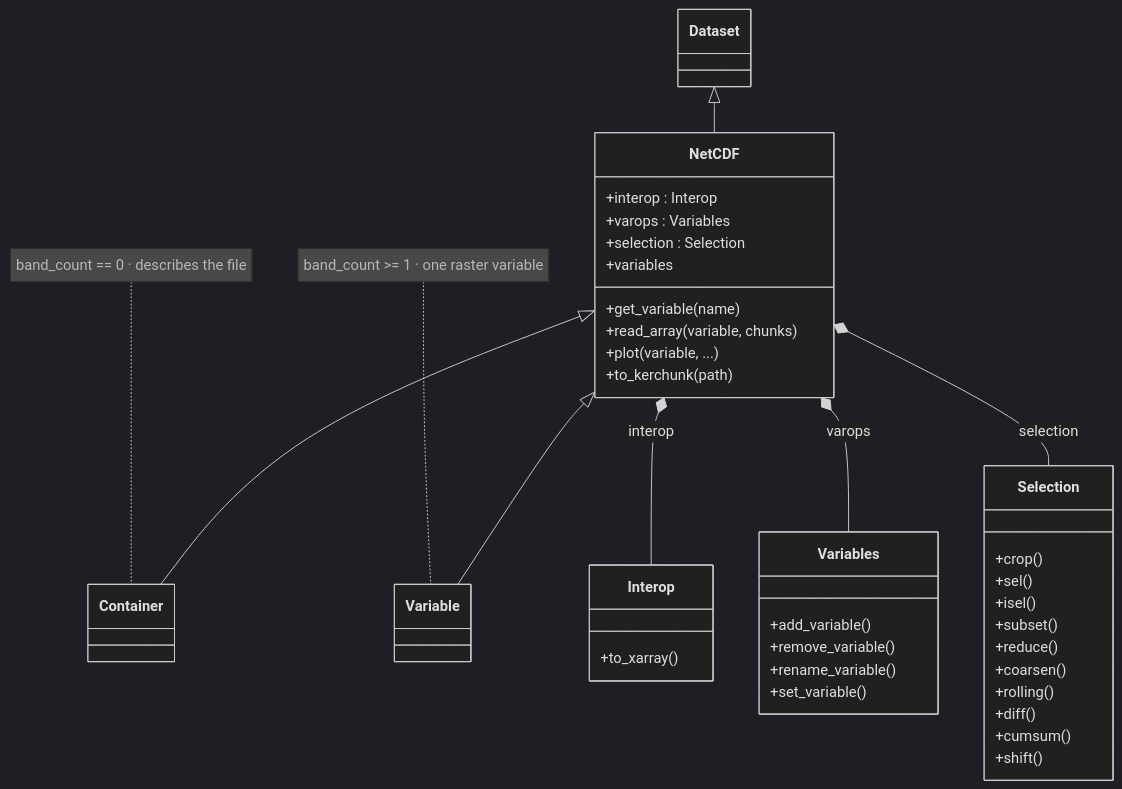
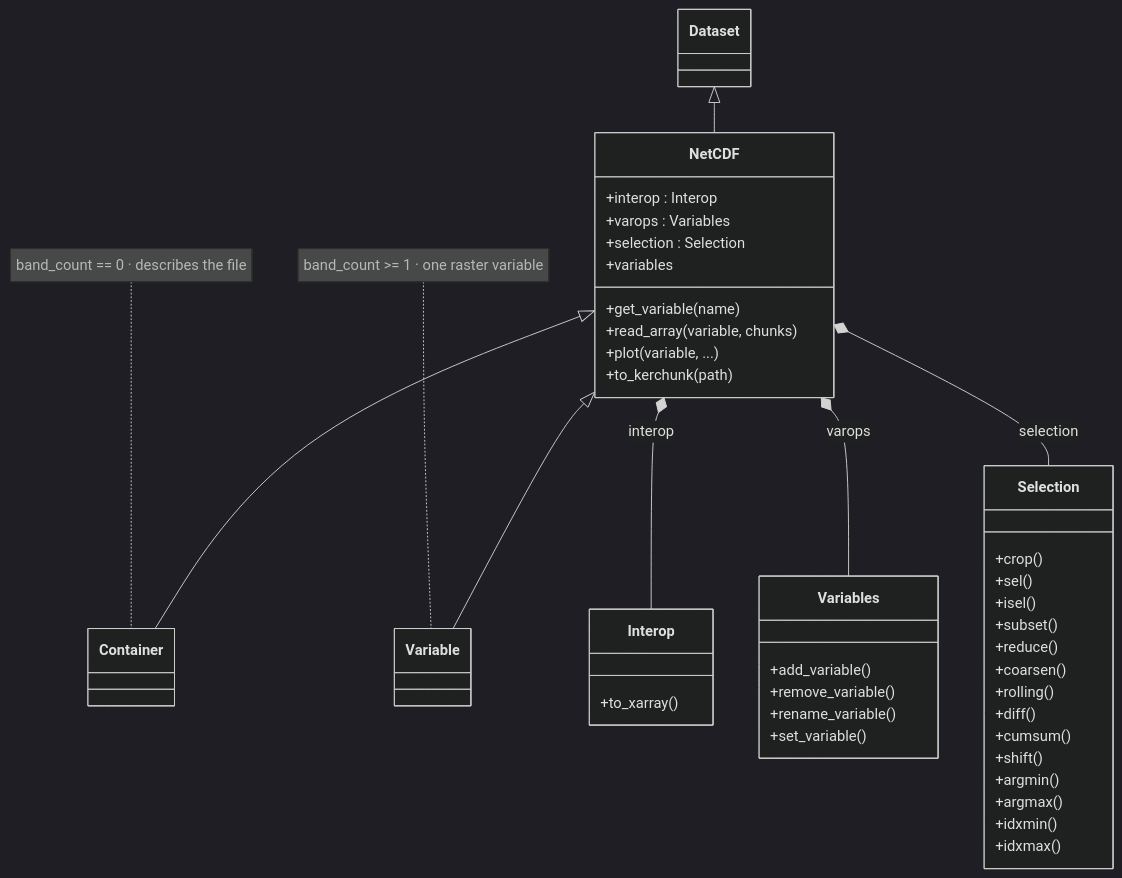
One commit to serapeum-org/pyramids changed the second of 3 diagrams in docs/reference/netcdf/index.md. Above: the diagram before and after it, drawn with Mermaid (dark theme). The commit also changed 6 other files, not shown here.

````diff
--- a/docs/reference/netcdf/index.md
+++ b/docs/reference/netcdf/index.md
@@ -40,45 +40,49 @@
 ```mermaid
 classDiagram
     class Dataset
     class NetCDF {
       +interop : Interop
       +varops : Variables
       +selection : Selection
       +variables
       +get_variable(name)
       +read_array(variable, chunks)
       +plot(variable, ...)
       +to_kerchunk(path)
     }
     class Container
     class Variable
     class Interop {
       +to_xarray()
     }
     class Variables {
       +add_variable()
       +remove_variable()
       +rename_variable()
       +set_variable()
     }
     class Selection {
       +crop()
       +sel()
       +isel()
       +subset()
       +reduce()
       +coarsen()
       +rolling()
       +diff()
       +cumsum()
       +shift()
+      +argmin()
+      +argmax()
+      +idxmin()
+      +idxmax()
     }
     Dataset <|-- NetCDF
     NetCDF <|-- Container
     NetCDF <|-- Variable
     NetCDF *-- Interop : interop
     NetCDF *-- Variables : varops
     NetCDF *-- Selection : selection
     note for Container "band_count == 0 · describes the file"
     note for Variable "band_count >= 1 · one raster variable"
 ```
````
